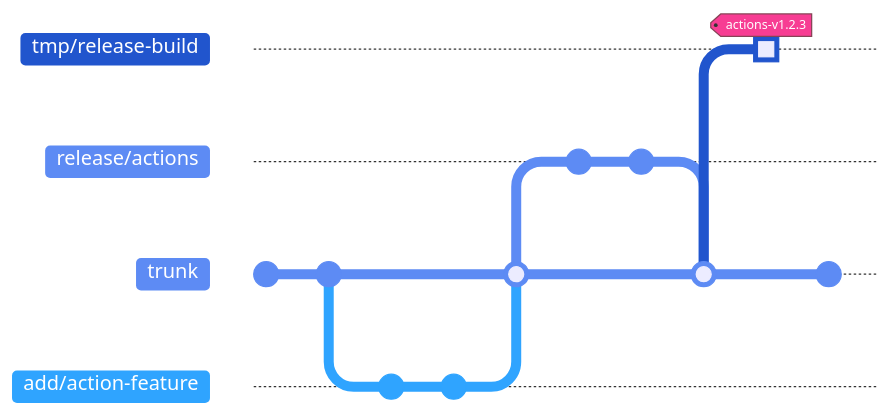
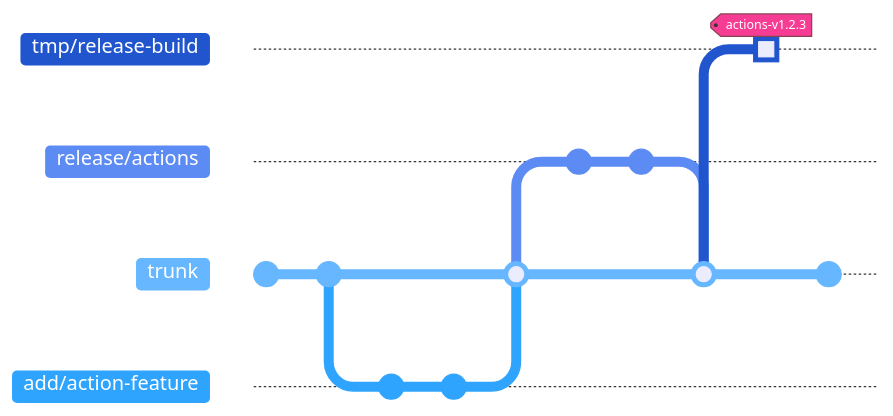
Before and after one commit to woocommerce/grow: the diagram in packages/js/github-actions/README.md, drawn with Mermaid. The commit also changed other lines of this file and 1 other file, not shown here. Commit ids are hidden.

Commit message:
Tweak some wordings

````diff
--- a/packages/js/github-actions/README.md
+++ b/packages/js/github-actions/README.md
@@ -61,43 +61,43 @@
 ```mermaid
 %%{
   init: {
     "gitGraph": {
       "mainBranchName": "trunk",
       "mainBranchOrder": 2
     },
     "themeVariables": {
       "git0": "#2155CD",
       "git1": "#5D8BF4",
-      "git2": "#5D8BF4",
+      "git2": "#66B7FF",
       "git3": "#2FA4FF",
       "gitBranchLabel0": "#FFFFFF",
       "gitBranchLabel1": "#FFFFFF",
       "gitBranchLabel2": "#FFFFFF",
       "gitBranchLabel3": "#FFFFFF",
       "tagLabelBorder": "#874356",
       "tagLabelBackground": "#F73D93",
       "tagLabelColor": "#FFFFFF",
       "commitLabelBackground": "#DFDFDE",
       "gitInv0": "#2155CD"
     }
   }
 }%%
 
 gitGraph
   commit
   commit
   branch add/action-feature order: 3
   commit
   commit
   checkout trunk
   merge add/action-feature
   branch release/actions order: 1
   commit id: "Changelog"
   commit id: "Bump version"
   checkout trunk
   merge release/actions
   branch tmp/release-build order: 0
-  commit id: "Release bundle" type: HIGHLIGHT tag: "actions-v1.2.3"
+  commit id: "Release build" type: HIGHLIGHT tag: "actions-v1.2.3"
   checkout trunk
   commit
 ```
````
